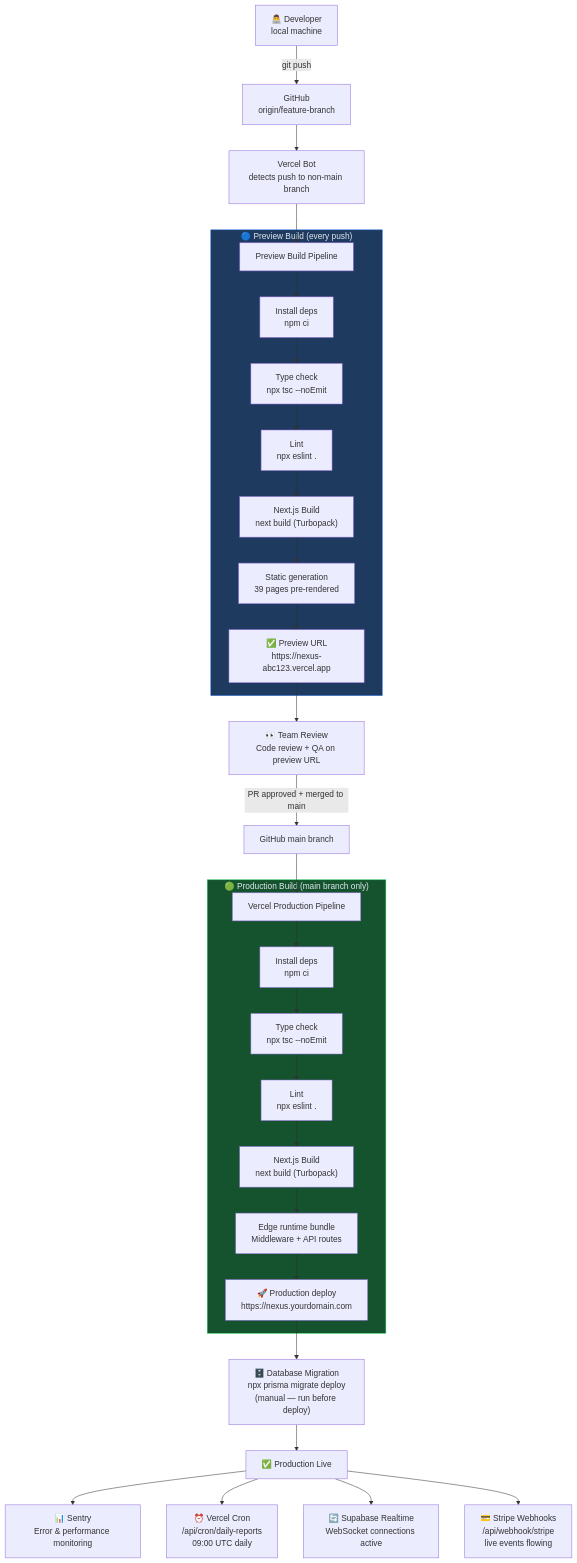
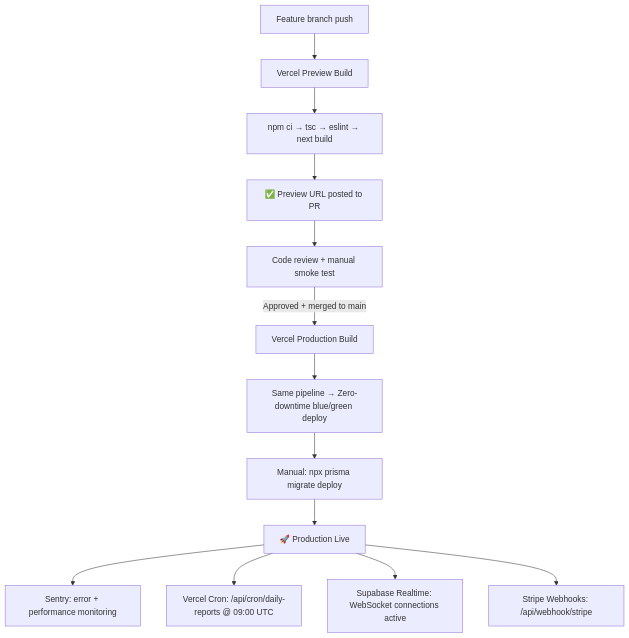
Before and after one commit to viraj1011JAIN/Nexus: the second of 5 diagrams in README.md, drawn with Mermaid. The commit also changed other lines of this file, not shown here.

````diff
--- a/README.md
+++ b/README.md
@@ -2904,41 +1218,15 @@
 ```mermaid
 flowchart TD
-    A["👨‍💻 Developer\nlocal machine"] -->|git push| B["GitHub\norigin/feature-branch"]
-
-    B --> C["Vercel Bot\ndetects push to non-main branch"]
-    C --> D["Preview Build Pipeline"]
-
-    subgraph preview ["🔵 Preview Build (every push)"]
-        D --> D1["Install deps\nnpm ci"]
-        D1 --> D2["Type check\nnpx tsc --noEmit"]
-        D2 --> D3["Lint\nnpx eslint ."]
-        D3 --> D4["Next.js Build\nnext build (Turbopack)"]
-        D4 --> D5["Static generation\n39 pages pre-rendered"]
-        D5 --> D6["✅ Preview URL\nhttps://nexus-abc123.vercel.app"]
-    end
-
-    D6 --> E["👀 Team Review\nCode review + QA on preview URL"]
-    E -->|PR approved + merged to main| F["GitHub main branch"]
-
-    F --> G["Vercel Production Pipeline"]
-
-    subgraph prod ["🟢 Production Build (main branch only)"]
-        G --> G1["Install deps\nnpm ci"]
-        G1 --> G2["Type check\nnpx tsc --noEmit"]
-        G2 --> G3["Lint\nnpx eslint ."]
-        G3 --> G4["Next.js Build\nnext build (Turbopack)"]
-        G4 --> G5["Edge runtime bundle\nMiddleware + API routes"]
-        G5 --> G6["🚀 Production deploy\nhttps://nexus.yourdomain.com"]
-    end
-
-    G6 --> H["🗄️ Database Migration\nnpx prisma migrate deploy\n(manual — run before deploy)"]
-    H --> I["✅ Production Live"]
-
-    I --> J1["📊 Sentry\nError & performance monitoring"]
-    I --> J2["⏰ Vercel Cron\n/api/cron/daily-reports\n09:00 UTC daily"]
-    I --> J3["🔄 Supabase Realtime\nWebSocket connections active"]
-    I --> J4["💳 Stripe Webhooks\n/api/webhook/stripe\nlive events flowing"]
-
-    style preview fill:#1e3a5f,stroke:#3b82f6,color:#e2e8f0
-    style prod   fill:#14532d,stroke:#22c55e,color:#e2e8f0
+    A["Feature branch push"] --> B["Vercel Preview Build"]
+    B --> B1["npm ci → tsc → eslint → next build"]
+    B1 --> B2["✅ Preview URL posted to PR"]
+    B2 --> C["Code review + manual smoke test"]
+    C -->|"Approved + merged to main"| D["Vercel Production Build"]
+    D --> D1["Same pipeline → Zero-downtime blue/green deploy"]
+    D1 --> E["Manual: npx prisma migrate deploy"]
+    E --> F["🚀 Production Live"]
+    F --> G1["Sentry: error + performance monitoring"]
+    F --> G2["Vercel Cron: /api/cron/daily-reports @ 09:00 UTC"]
+    F --> G3["Supabase Realtime: WebSocket connections active"]
+    F --> G4["Stripe Webhooks: /api/webhook/stripe"]
 ```
````
